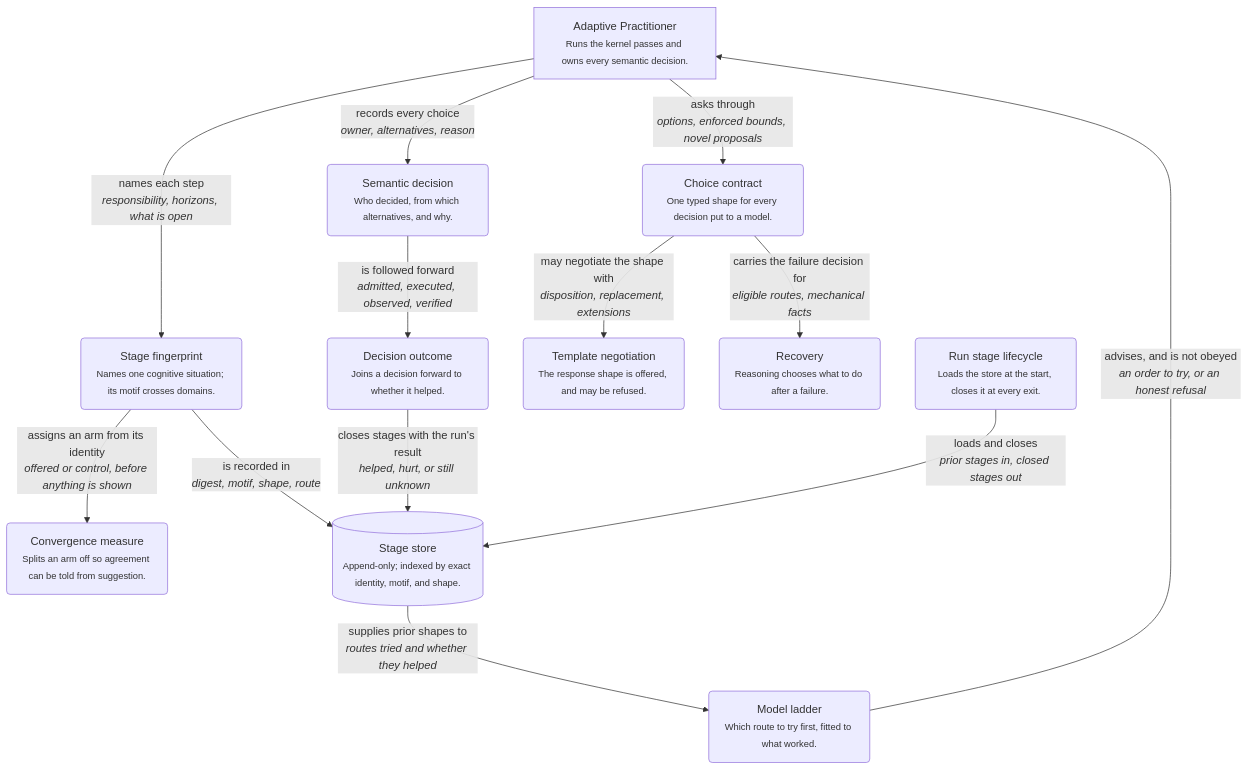
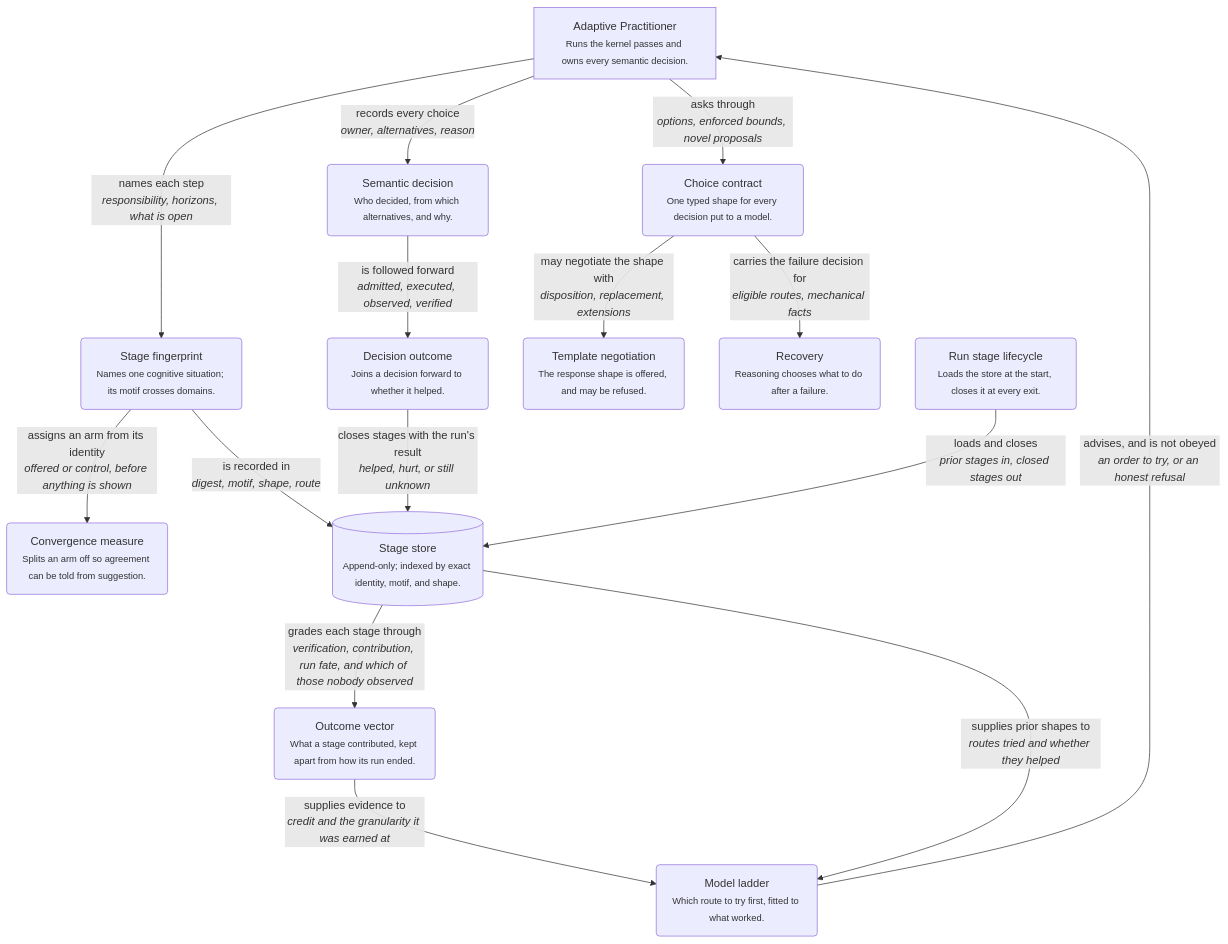
Before and after one commit to alisonjieli-png/loop-engine: the third of 3 diagrams in docs/ARCHITECTURE-DIAGRAMS.md, drawn with Mermaid. The commit also changed other lines of this file and 7 other files, not shown here.

````diff
--- a/docs/ARCHITECTURE-DIAGRAMS.md
+++ b/docs/ARCHITECTURE-DIAGRAMS.md
@@ -41,31 +82,34 @@
 ```mermaid
 %% What a run records, and what later runs read — component level
 %% Generated from the typed model; do not edit by hand.
 flowchart TD
     practitioner["Adaptive Practitioner<br/><small>Runs the kernel passes and owns every semantic decision.</small>"]
     stage("Stage fingerprint<br/><small>Names one cognitive situation; its motif crosses domains.</small>")
     decision("Semantic decision<br/><small>Who decided, from which alternatives, and why.</small>")
     outcome("Decision outcome<br/><small>Joins a decision forward to whether it helped.</small>")
     choice("Choice contract<br/><small>One typed shape for every decision put to a model.</small>")
     template("Template negotiation<br/><small>The response shape is offered, and may be refused.</small>")
     recovery("Recovery<br/><small>Reasoning chooses what to do after a failure.</small>")
     ladder("Model ladder<br/><small>Which route to try first, fitted to what worked.</small>")
     convergence("Convergence measure<br/><small>Splits an arm off so agreement can be told from suggestion.</small>")
+    credit("Outcome vector<br/><small>What a stage contributed, kept apart from how its run ended.</small>")
     store[("Stage store<br/><small>Append-only; indexed by exact identity, motif, and shape.</small>")]
     lifecycle("Run stage lifecycle<br/><small>Loads the store at the start, closes it at every exit.</small>")
 
+    store -->|"grades each stage through<br/><i>verification, contribution, run fate, and which of those nobody observed</i>"| credit
+    credit -->|"supplies evidence to<br/><i>credit and the granularity it was earned at</i>"| ladder
     practitioner -->|"names each step<br/><i>responsibility, horizons, what is open</i>"| stage
     practitioner -->|"records every choice<br/><i>owner, alternatives, reason</i>"| decision
     decision -->|"is followed forward<br/><i>admitted, executed, observed, verified</i>"| outcome
     practitioner -->|"asks through<br/><i>options, enforced bounds, novel proposals</i>"| choice
     choice -->|"may negotiate the shape with<br/><i>disposition, replacement, extensions</i>"| template
     choice -->|"carries the failure decision for<br/><i>eligible routes, mechanical facts</i>"| recovery
     stage -->|"assigns an arm from its identity<br/><i>offered or control, before anything is shown</i>"| convergence
     lifecycle -->|"loads and closes<br/><i>prior stages in, closed stages out</i>"| store
     stage -->|"is recorded in<br/><i>digest, motif, shape, route</i>"| store
     store -->|"supplies prior shapes to<br/><i>routes tried and whether they helped</i>"| ladder
     ladder -->|"advises, and is not obeyed<br/><i>an order to try, or an honest refusal</i>"| practitioner
     outcome -->|"closes stages with the run's result<br/><i>helped, hurt, or still unknown</i>"| store
 
 %% The loop that makes the engine self-observing. Advice flows out of the store and is recorded rather than obeyed.
 ```
````
